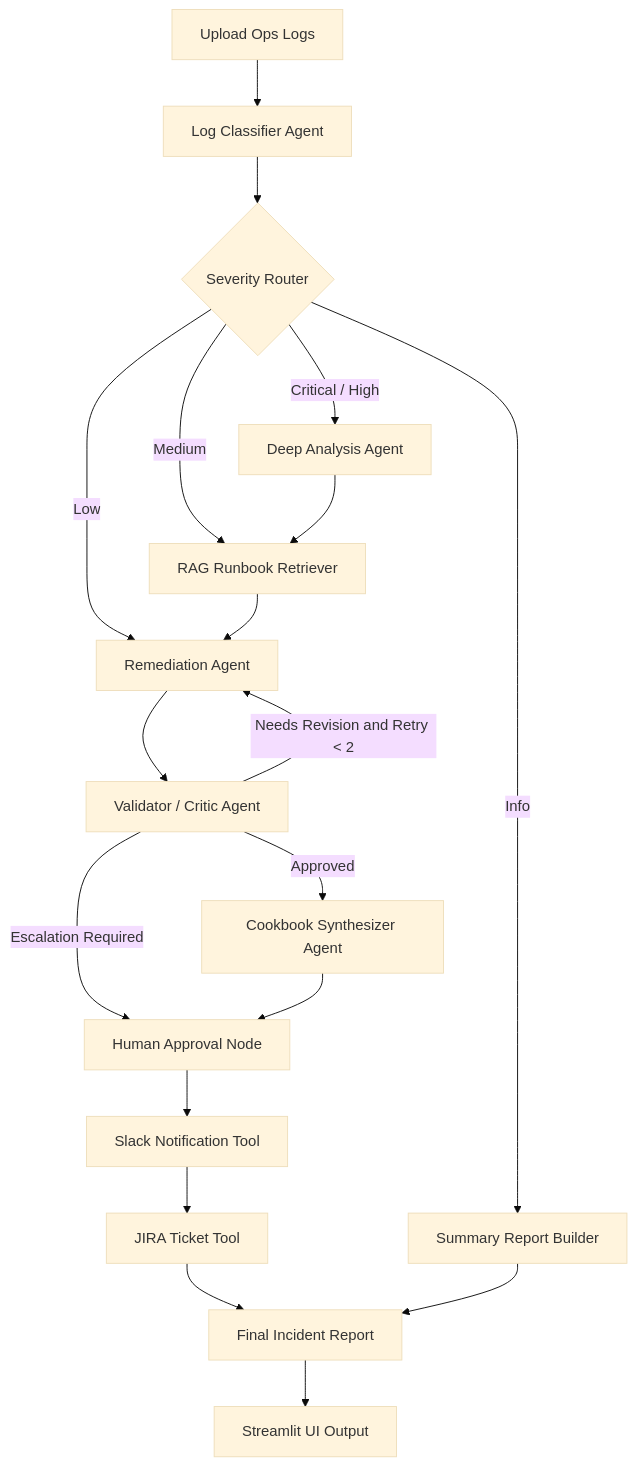
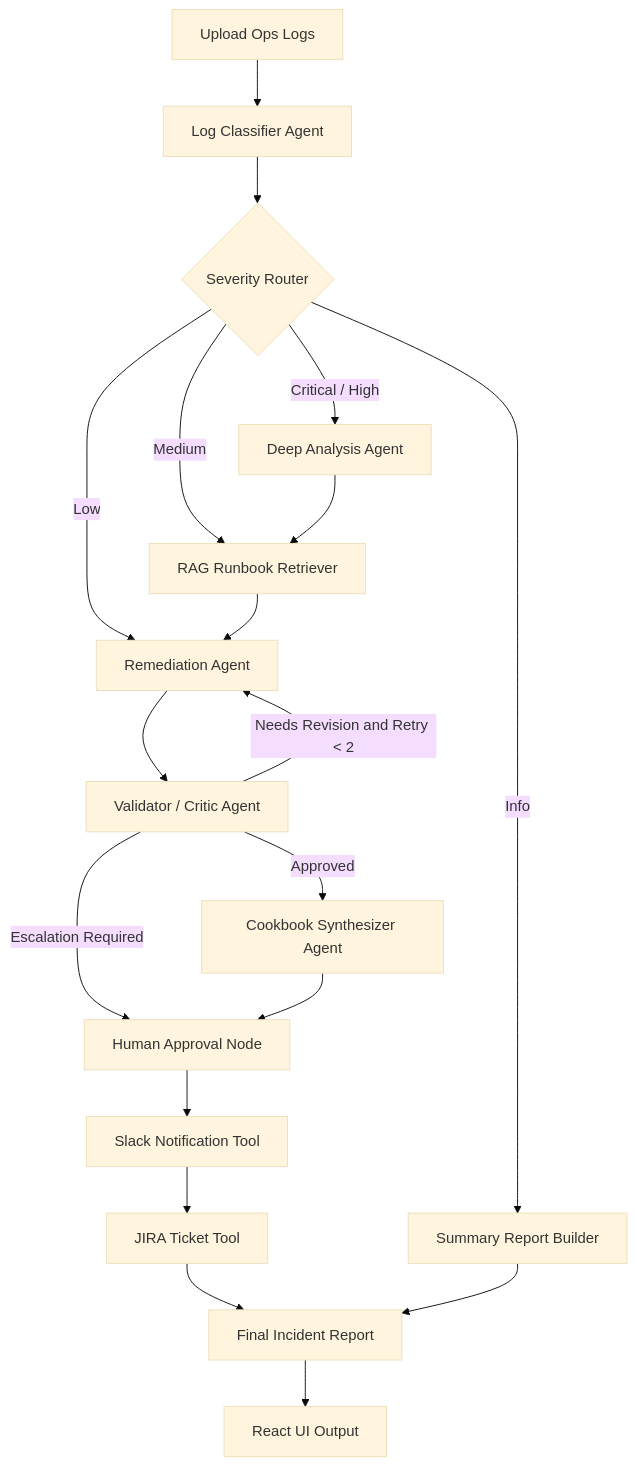
Before and after one commit to joyson-fernandes/C6_Hackathon-Group-4: the diagram in README.md, drawn with Mermaid (base theme). The commit also changed other lines of this file and 42 other files, not shown here.

First line of the commit message:
Replace Streamlit UI with React/Vite frontend wired to FastAPI backend

````diff
--- a/README.md
+++ b/README.md
@@ -53,21 +51,21 @@
 ```mermaid
 flowchart TD
     A[Upload Ops Logs] --> B[Log Classifier Agent]
     B --> C{Severity Router}
     C -->|Critical / High| D[Deep Analysis Agent]
     C -->|Medium| E[RAG Runbook Retriever]
     C -->|Low| H[Remediation Agent]
     C -->|Info| G[Summary Report Builder]
     D --> E
     E --> H
     H --> I[Validator / Critic Agent]
     I -->|Needs Revision and Retry &lt; 2| H
     I -->|Approved| J[Cookbook Synthesizer Agent]
     I -->|Escalation Required| K[Human Approval Node]
     J --> K
     K --> L[Slack Notification Tool]
     L --> M[JIRA Ticket Tool]
     M --> N[Final Incident Report]
     G --> N
-    N --> O[Streamlit UI Output]
+    N --> O[React UI Output]
 ```
````
